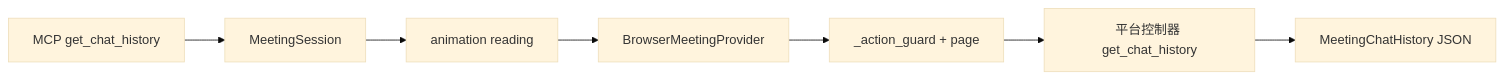
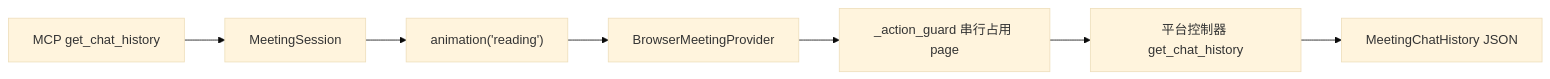
Before and after one commit to superman1006/joinly: the first of 2 diagrams in README.md, drawn with Mermaid (base theme). The commit also changed other lines of this file and 2 other files, not shown here.

````diff
--- a/README.md
+++ b/README.md
@@ -530,9 +475,9 @@
 ```mermaid
 flowchart LR
   A[MCP get_chat_history] --> B[MeetingSession]
-  B --> C[animation reading]
+  B --> C["animation('reading')"]
   C --> D[BrowserMeetingProvider]
-  D --> E["_action_guard + page"]
+  D --> E["_action_guard 串行占用 page"]
   E --> F[平台控制器 get_chat_history]
   F --> G[MeetingChatHistory JSON]
 ```
````
